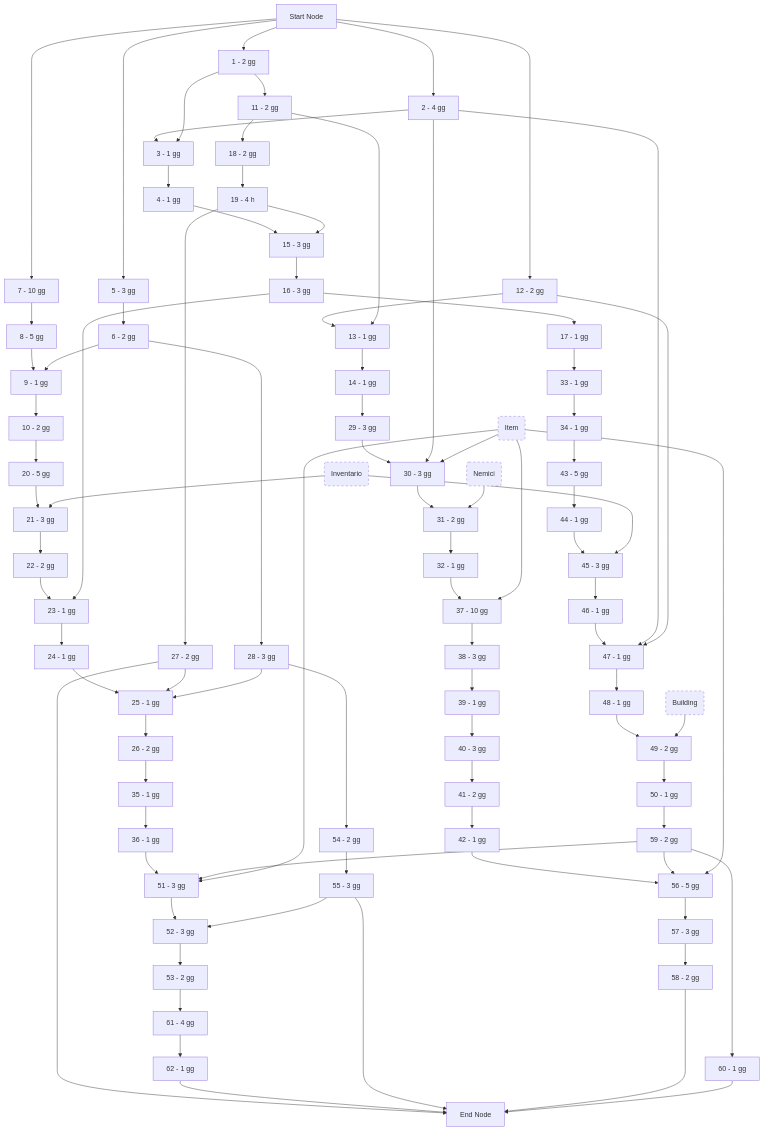
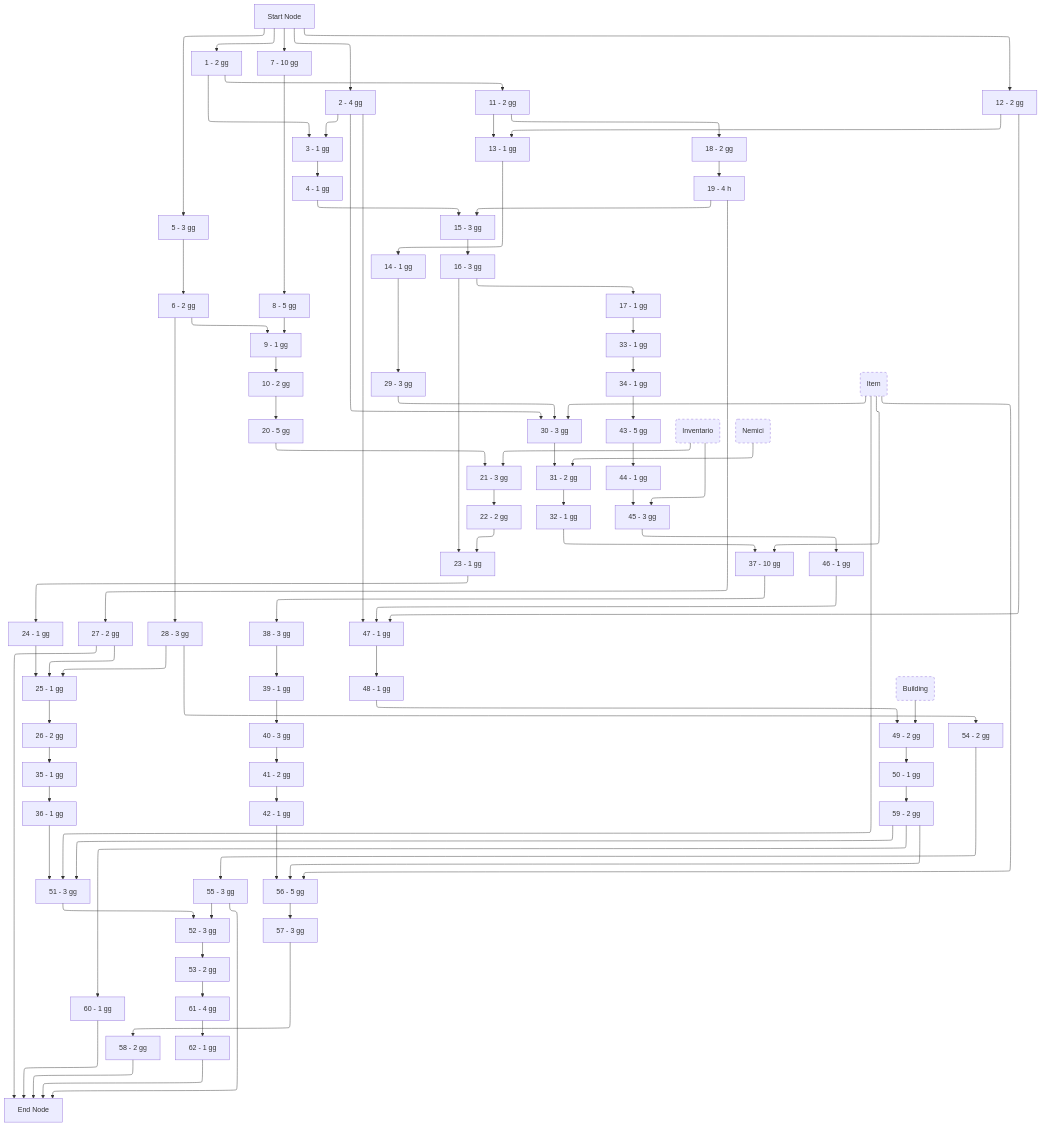
The diagram in docs/appendices/planning/PND.md (FilippoGurioli/super-chasm-hunter-pm), drawn with Mermaid before and after one commit. The commit also changed 4 other files, not shown here.

````diff
--- a/docs/appendices/planning/PND.md
+++ b/docs/appendices/planning/PND.md
@@ -72,4 +72,8 @@
 ```mermaid
+---
+config:
+    layout: elk
+---
 graph TD
 0[Start Node]
 1[1 - 2 gg]
````
